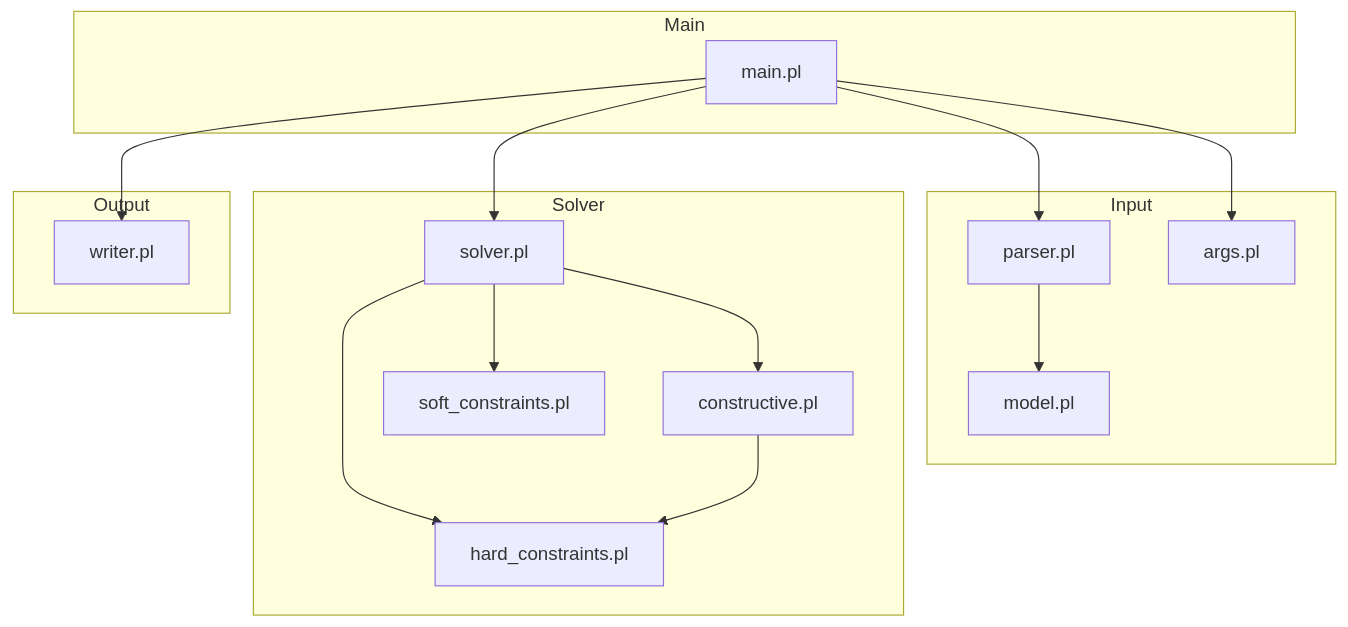
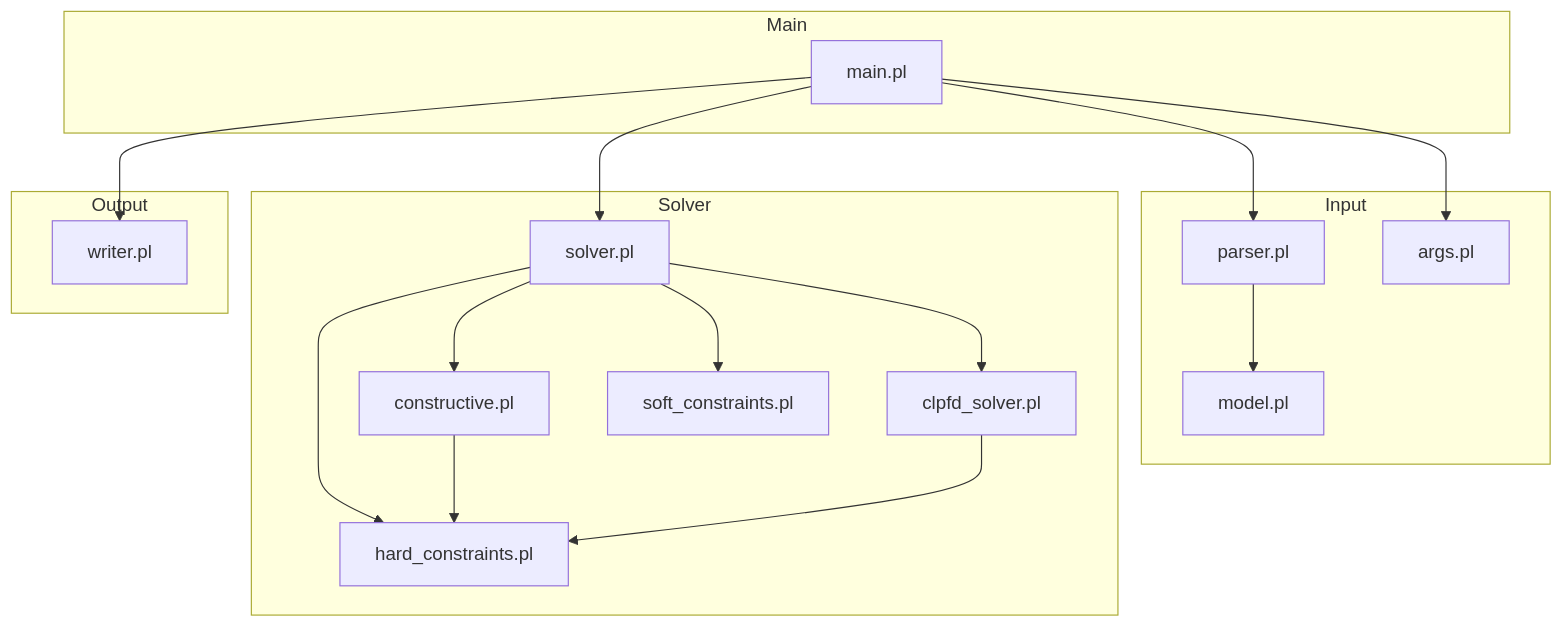
The second of 2 diagrams in docs/PROJECT_DOCUMENTATION.md (xenobinary/itc2007-timetabling), drawn with Mermaid before and after one commit. The commit also changed other lines of this file and 14 other files, not shown here.

Commit message:
add simple clpfd solver and run targets

````diff
--- a/docs/PROJECT_DOCUMENTATION.md
+++ b/docs/PROJECT_DOCUMENTATION.md
@@ -25,33 +25,36 @@
 ```mermaid
 flowchart TB
     subgraph Main
         M[main.pl]
     end
 
     subgraph Input
         P[parser.pl]
         MD[model.pl]
         A[args.pl]
     end
 
     subgraph Solver
         S[solver.pl]
         C[constructive.pl]
+        CL[clpfd_solver.pl]
         HC[hard_constraints.pl]
         SC[soft_constraints.pl]
     end
 
     subgraph Output
         W[writer.pl]
     end
 
     M --> A
     M --> P
     M --> S
     M --> W
     P --> MD
     S --> C
+    S --> CL
     S --> HC
     S --> SC
     C --> HC
+    CL --> HC
 ```
````
